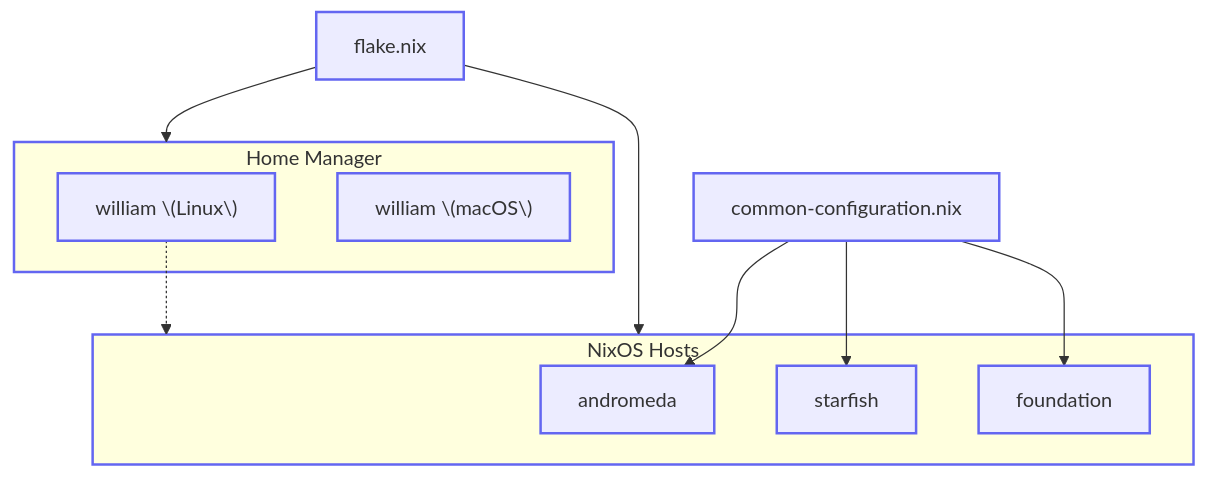
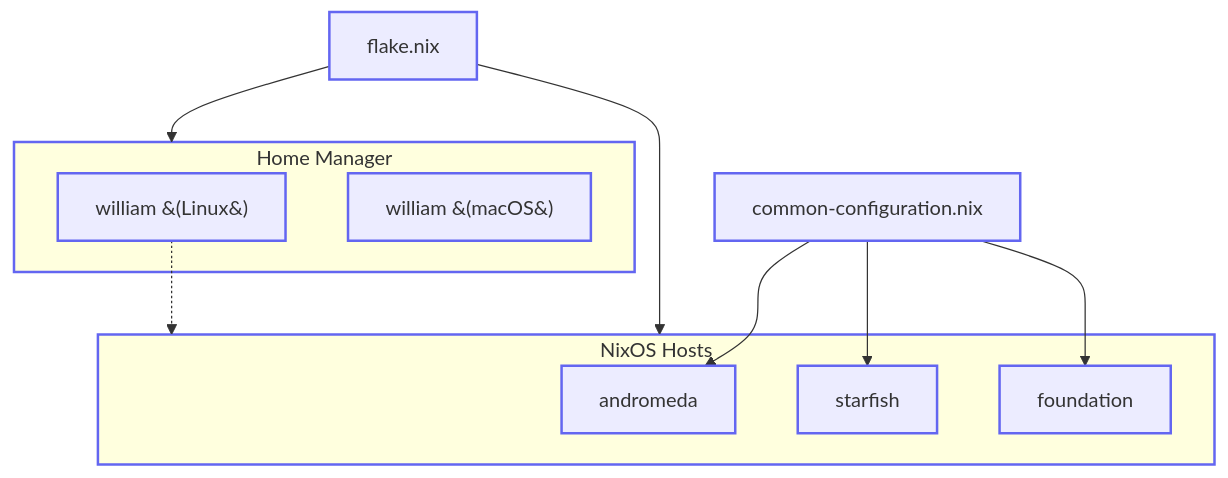
One commit to willfish/nix changed the diagram in docs/diagrams/src/architecture.mmd. Above: the diagram before and after it, drawn with Mermaid. The commit also changed 5 other files, not shown here.

First line of the commit message:
Fix Mermaid parentheses rendering and improve documentation

```diff
--- a/docs/diagrams/src/architecture.mmd
+++ b/docs/diagrams/src/architecture.mmd
@@ -1,22 +1,22 @@
 flowchart TD
     FLAKE[flake.nix]
     COMMON[common-configuration.nix]
 
     subgraph HOSTS [NixOS Hosts]
         ANDROMEDA[andromeda]
         STARFISH[starfish]
         FOUNDATION[foundation]
     end
 
     subgraph HM [Home Manager]
-        HM_LINUX["william \(Linux\)"]
-        HM_DARWIN["william \(macOS\)"]
+        HM_LINUX["william &#40;Linux&#41;"]
+        HM_DARWIN["william &#40;macOS&#41;"]
     end
 
     FLAKE --> HOSTS
     FLAKE --> HM
     COMMON --> ANDROMEDA & STARFISH & FOUNDATION
     HM_LINUX -.-> HOSTS
 
     classDef box stroke:#6366f1,stroke-width:2px
     class FLAKE,COMMON,HOSTS,HM,ANDROMEDA,STARFISH,FOUNDATION,HM_LINUX,HM_DARWIN box
```
